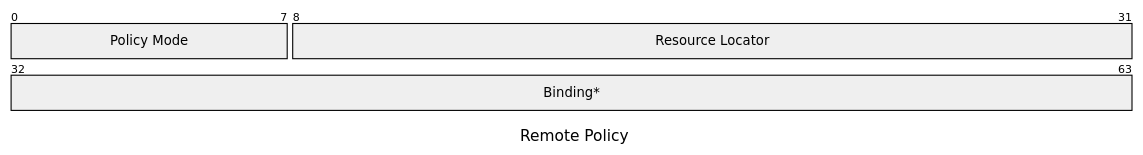
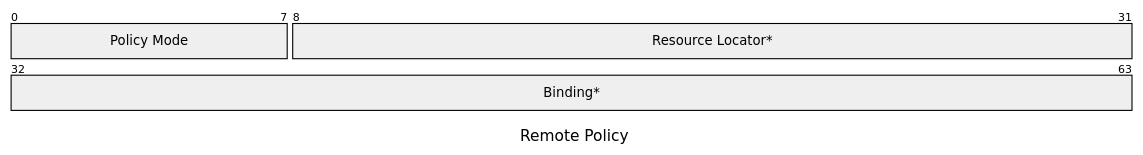
One commit to opentdf/spec changed the fourth of 7 diagrams in schema/nanotdf/README.md. Above: the diagram before and after it, drawn with Mermaid. The commit also changed other lines of this file, not shown here.

````diff
--- a/schema/nanotdf/README.md
+++ b/schema/nanotdf/README.md
@@ -117,9 +117,9 @@
 ```mermaid
 ---
 title: "Remote Policy"
 ---
 packet-beta
 0-7: "Policy Mode"
-8-31: "Resource Locator"
+8-31: "Resource Locator*"
 32-63: "Binding*"
 ```
````
